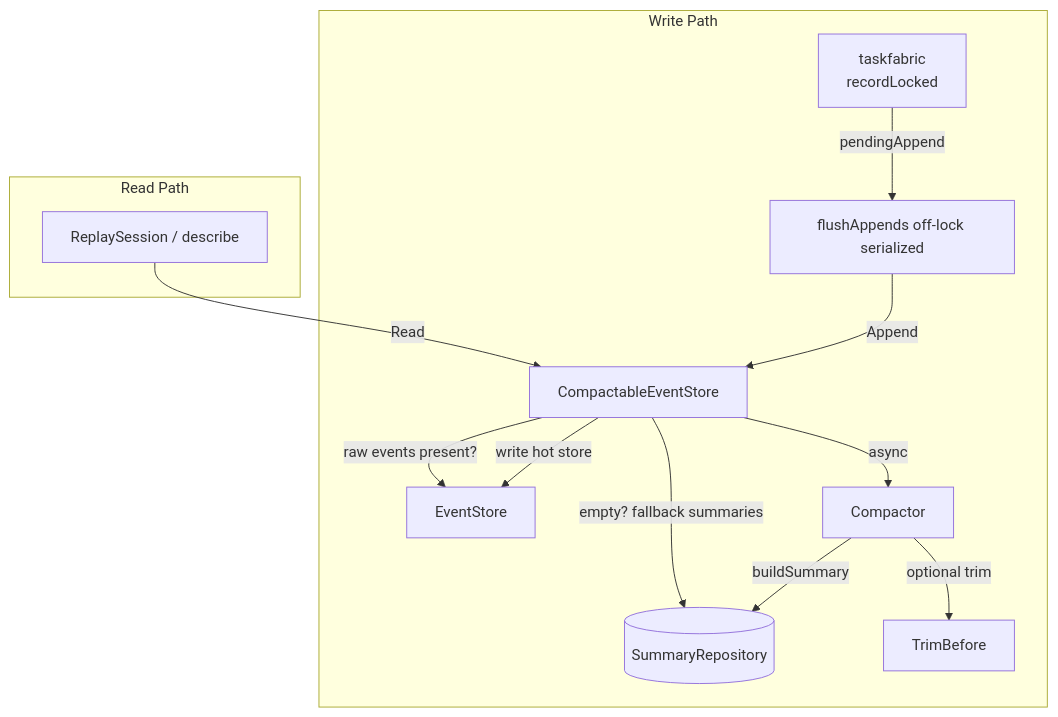
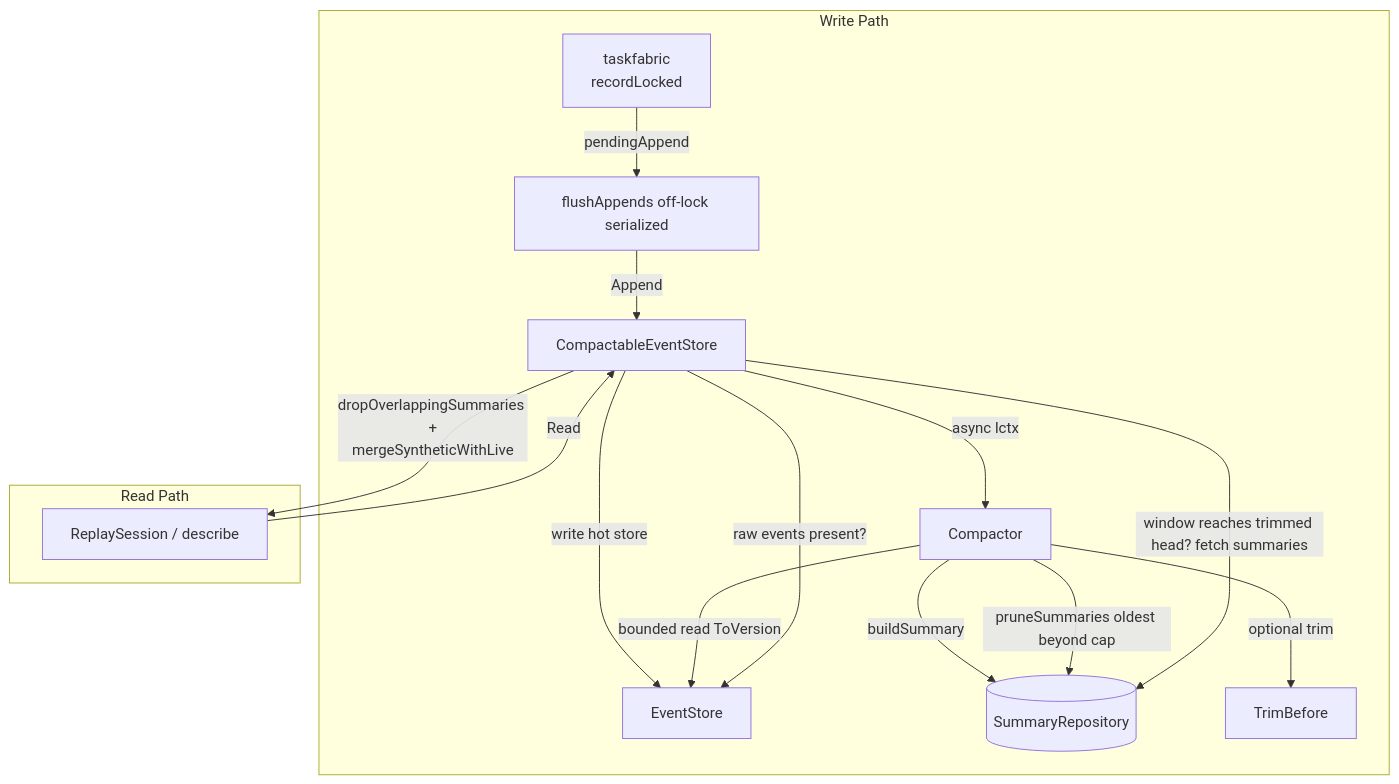
Before and after one commit to Timwood0x10/ARES: the sixth of 6 diagrams in docs/articles/en/08-event-system-deep-dive.md, drawn with Mermaid. The commit also changed other lines of this file and 3 other files, not shown here.

````diff
--- a/docs/articles/en/08-event-system-deep-dive.md
+++ b/docs/articles/en/08-event-system-deep-dive.md
@@ -383,17 +434,20 @@
 ```mermaid
 graph TB
     subgraph "Write Path"
         F[taskfabric\nrecordLocked] -->|pendingAppend| FE[flushAppends off-lock serialized]
         FE -->|Append| CES[CompactableEventStore]
         CES -->|write hot store| ES[EventStore]
-        CES -->|async| CP[Compactor]
+        CES -->|async lctx| CP[Compactor]
+        CP -->|bounded read ToVersion| ES
         CP -->|buildSummary| SR[(SummaryRepository)]
+        CP -->|pruneSummaries oldest beyond cap| SR
         CP -->|optional trim| TS[TrimBefore]
     end
 
     subgraph "Read Path"
         FL[ReplaySession / describe] -->|Read| CES
         CES -->|raw events present?| ES
-        CES -->|empty? fallback summaries| SR
+        CES -->|window reaches trimmed head? fetch summaries| SR
+        CES -->|dropOverlappingSummaries +\nmergeSyntheticWithLive| FL
     end
 ```
````
